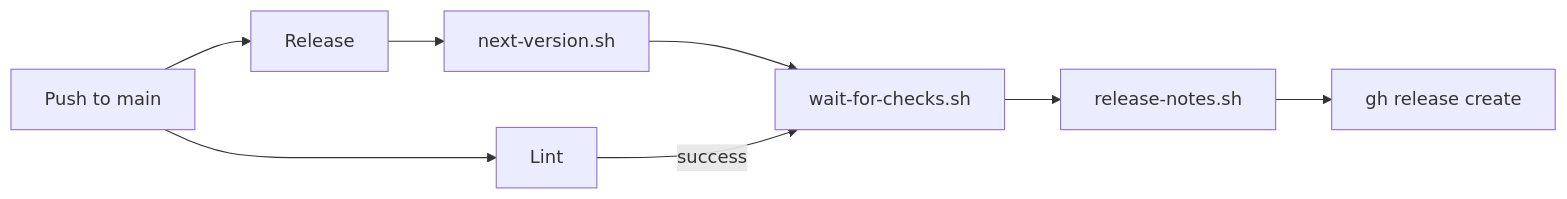
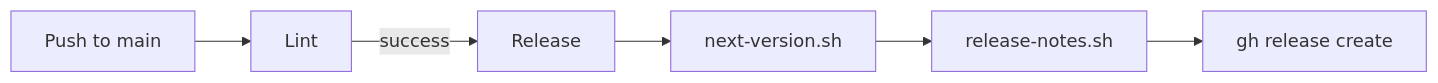
One commit to workbench-soft/ci changed the third of 3 diagrams in docs/user-flows.md. Above: the diagram before and after it, drawn with Mermaid. The commit also changed other lines of this file and 4 other files, not shown here.

First line of the commit message:
ci: Release starts after Checks through workflow_run

````diff
--- a/docs/user-flows.md
+++ b/docs/user-flows.md
@@ -53,10 +52,8 @@
 ```mermaid
 flowchart LR
   push["Push to main"] --> lint["Lint"]
-  push --> release["Release"]
+  lint -->|success| release["Release"]
   release --> version["next-version.sh"]
-  version --> wait["wait-for-checks.sh"]
-  lint -->|success| wait
-  wait --> notes["release-notes.sh"]
+  version --> notes["release-notes.sh"]
   notes --> tag["gh release create"]
 ```
````
